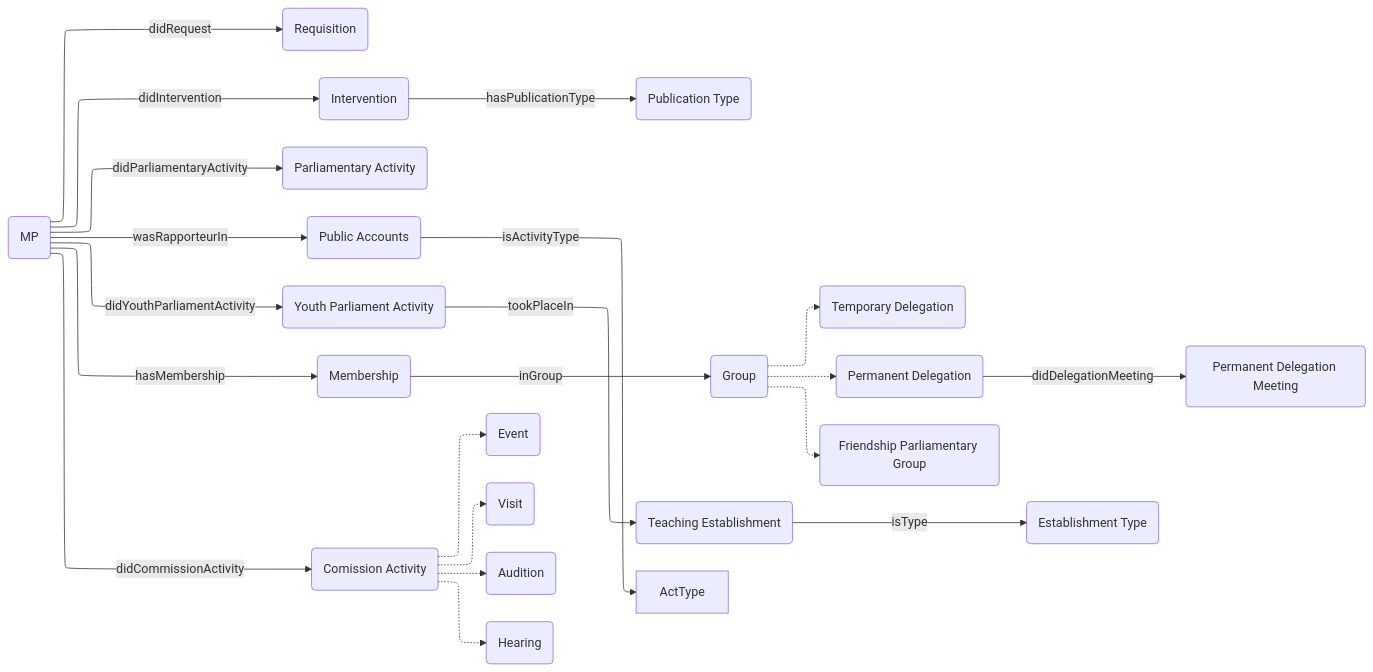
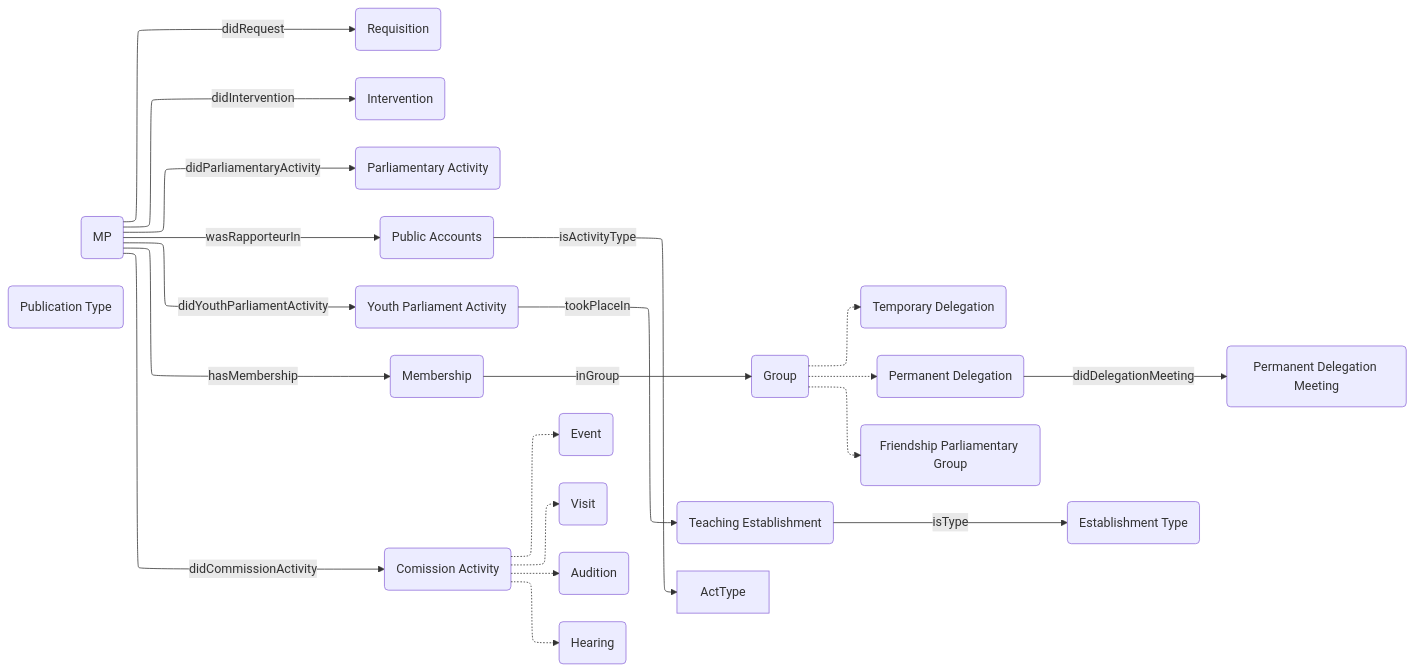
The diagram in OpenDataGOV-AP/DataModel/mp-activity/mp-activity.mermaid (politrackpt/ontologies), drawn with Mermaid before and after one commit. The commit also changed 1 other file, not shown here.

Commit message:
AP: remove publication type

```diff
--- a/OpenDataGOV-AP/DataModel/mp-activity/mp-activity.mermaid
+++ b/OpenDataGOV-AP/DataModel/mp-activity/mp-activity.mermaid
@@ -1,46 +1,45 @@
 ---
 config:
   layout: elk
 ---
 flowchart LR
     MP("MP")
     Req("Requisition")
     Interv("Intervention")
     PubType("Publication Type")
     PAct("Parliamentary Activity")
     PE("Public Accounts")
     Event("Event")
     Visit("Visit")
     Audition("Audition")
     Group("Group")
     Hearing("Hearing")
     YPA("Youth Parliament Activity")
     TeaEs("Teaching Establishment")
     EsType("Establishment Type")
     Mem("Membership")
     DelE("Temporary Delegation")
     DelP("Permanent Delegation")
     FPG("Friendship Parliamentary Group")
     DelPM("Permanent Delegation Meeting")
     ComA("Comission Activity")
 
     MP -- didCommissionActivity --> ComA
     ComA -.-> Hearing
     ComA -.-> Audition
     ComA -.-> Event
     ComA -.-> Visit
     MP -- didRequest --> Req
     MP -- didIntervention --> Interv
-    Interv -- hasPublicationType  --> PubType
     MP -- didParliamentaryActivity --> PAct
     MP -- wasRapporteurIn --> PE
     PE -- isActivityType --> ActType
     MP -- didYouthParliamentActivity --> YPA
     YPA -- tookPlaceIn --> TeaEs
     TeaEs -- isType --> EsType
     MP -- hasMembership --> Mem
     DelP -- didDelegationMeeting --> DelPM
     Mem -- inGroup --> Group 
     Group -.-> FPG
     Group -.-> DelE
     Group -.-> DelP
```
